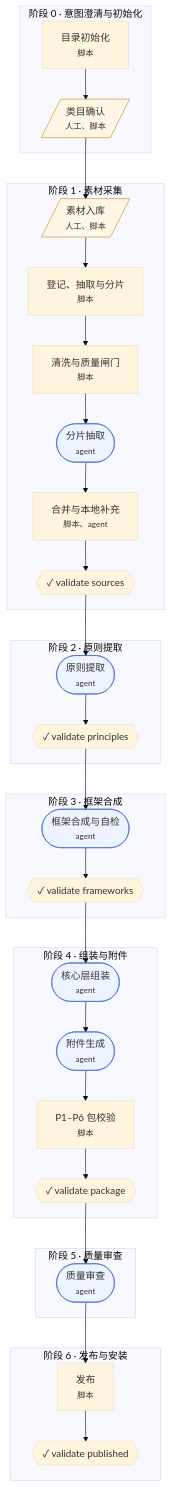
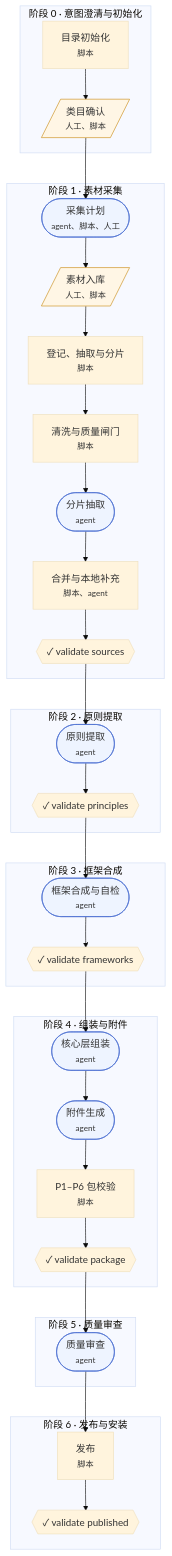
One commit to 20240610ldx-hub/Mind-Distill-Factory changed the second of 6 diagrams in docs/architecture.md. Above: the diagram before and after it, drawn with Mermaid (base theme). The commit also changed other lines of this file and 12 other files, not shown here.

First line of the commit message:
feat: acquisition plan becomes the first step of stage 1

````diff
--- a/docs/architecture.md
+++ b/docs/architecture.md
@@ -45,64 +45,67 @@
 ```mermaid
 flowchart TD
     subgraph init["阶段 0 · 意图澄清与初始化"]
         init_init["目录初始化<br/><small>脚本</small>"]
         init_classify[/"类目确认<br/><small>人工、脚本</small>"/]
     end
     subgraph stage1["阶段 1 · 素材采集"]
+        stage1_plan(["采集计划<br/><small>agent、脚本、人工</small>"])
         stage1_sources[/"素材入库<br/><small>人工、脚本</small>"/]
         stage1_index["登记、抽取与分片<br/><small>脚本</small>"]
         stage1_clean["清洗与质量闸门<br/><small>脚本</small>"]
         stage1_extract(["分片抽取<br/><small>agent</small>"])
         stage1_reduce["合并与本地补充<br/><small>脚本、agent</small>"]
         stage1_checkpoint{{"✓ validate sources"}}
     end
     subgraph stage2["阶段 2 · 原则提取"]
         stage2_principles(["原则提取<br/><small>agent</small>"])
         stage2_checkpoint{{"✓ validate principles"}}
     end
     subgraph stage3["阶段 3 · 框架合成"]
         stage3_frameworks(["框架合成与自检<br/><small>agent</small>"])
         stage3_checkpoint{{"✓ validate frameworks"}}
     end
     subgraph stage4["阶段 4 · 组装与附件"]
         stage4_assemble(["核心层组装<br/><small>agent</small>"])
         stage4_attachments(["附件生成<br/><small>agent</small>"])
         stage4_gates["P1–P6 包校验<br/><small>脚本</small>"]
         stage4_checkpoint{{"✓ validate package"}}
     end
     subgraph stage5["阶段 5 · 质量审查"]
         stage5_review(["质量审查<br/><small>agent</small>"])
     end
     subgraph stage6["阶段 6 · 发布与安装"]
         stage6_publish["发布<br/><small>脚本</small>"]
         stage6_checkpoint{{"✓ validate published"}}
     end
     init_init --> init_classify
-    init_classify --> stage1_sources
+    init_classify --> stage1_plan
+    stage1_plan --> stage1_sources
     stage1_sources --> stage1_index
     stage1_index --> stage1_clean
     stage1_clean --> stage1_extract
     stage1_extract --> stage1_reduce
     stage1_reduce --> stage1_checkpoint
     stage1_checkpoint --> stage2_principles
     stage2_principles --> stage2_checkpoint
     stage2_checkpoint --> stage3_frameworks
     stage3_frameworks --> stage3_checkpoint
     stage3_checkpoint --> stage4_assemble
     stage4_assemble --> stage4_attachments
     stage4_attachments --> stage4_gates
     stage4_gates --> stage4_checkpoint
     stage4_checkpoint --> stage5_review
     stage5_review --> stage6_publish
     stage6_publish --> stage6_checkpoint
     classDef agent fill:#eef4ff,stroke:#4a6fd1
     classDef human fill:#fff6e5,stroke:#c98a12
     class init_classify human
+    class stage1_plan agent
     class stage1_sources human
     class stage1_extract agent
     class stage2_principles agent
     class stage3_frameworks agent
     class stage4_assemble agent
     class stage4_attachments agent
     class stage5_review agent
 ```
````
